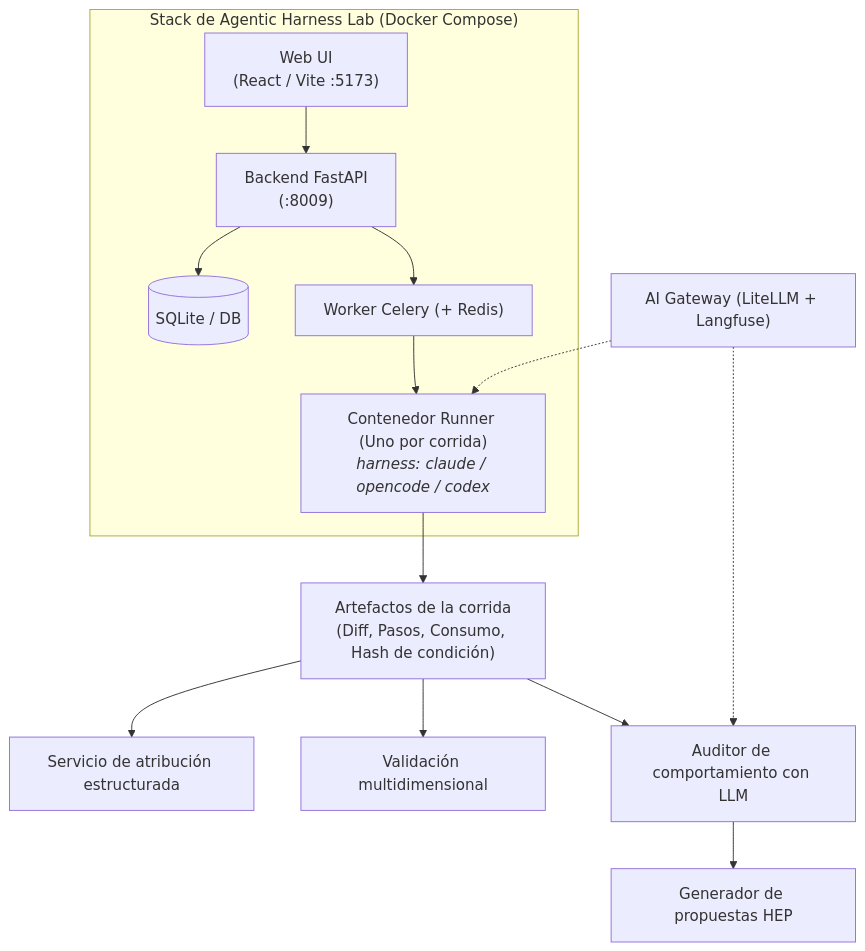
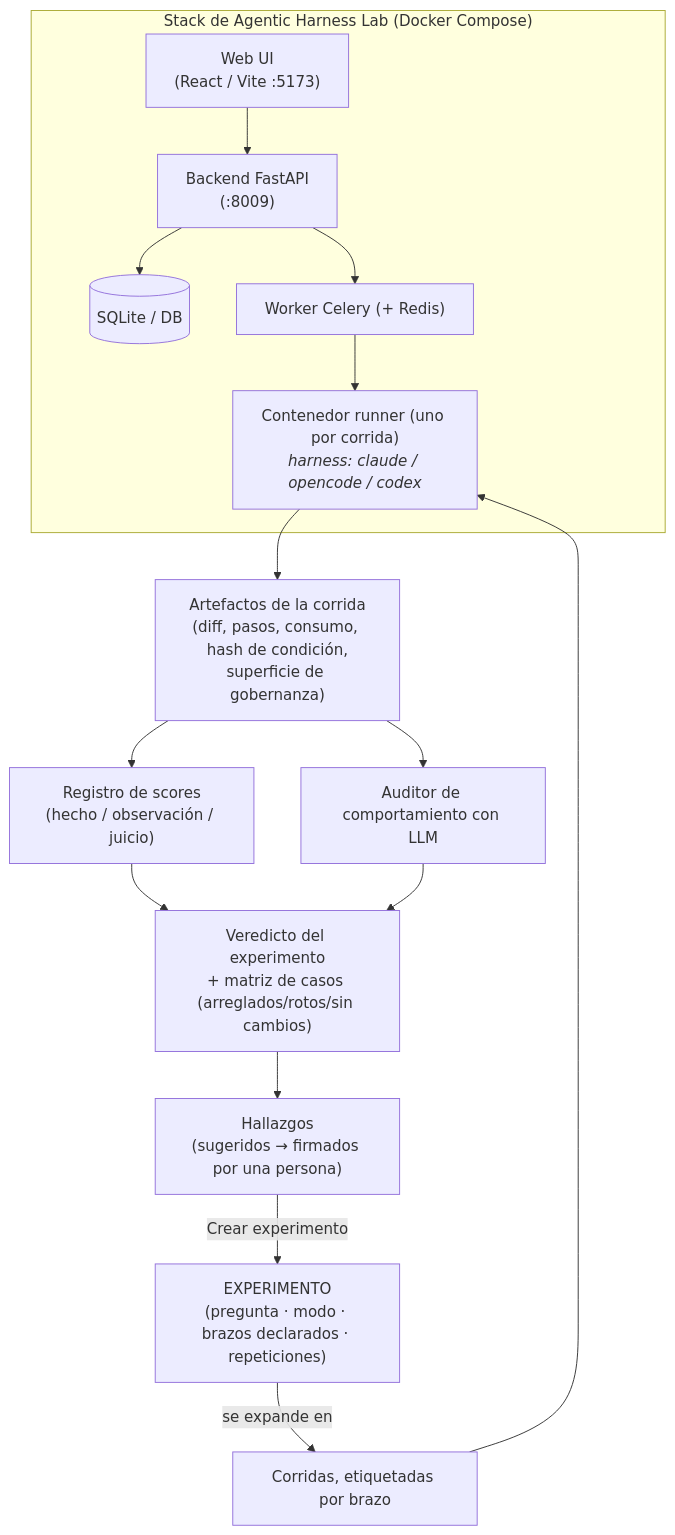
One commit to marcosdh1987/harness-engineering-guide changed the diagram in docs/es/reference-implementation/ai-agentic-harness-lab/index.md. Above: the diagram before and after it, drawn with Mermaid. The commit also changed other lines of this file and 18 other files, not shown here.

````diff
--- a/docs/es/reference-implementation/ai-agentic-harness-lab/index.md
+++ b/docs/es/reference-implementation/ai-agentic-harness-lab/index.md
@@ -7,18 +13,18 @@
 ```mermaid
 flowchart TB
     subgraph STACK["Stack de Agentic Harness Lab (Docker Compose)"]
         UI["Web UI<br/>(React / Vite :5173)"] --> API["Backend FastAPI<br/>(:8009)"]
         API --> DB[(SQLite / DB)]
         API --> W["Worker Celery (+ Redis)"]
-        W --> RUNNER["Contenedor Runner (Uno por corrida)<br/><i>harness: claude / opencode / codex</i>"]
+        W --> RUNNER["Contenedor runner (uno por corrida)<br/><i>harness: claude / opencode / codex</i>"]
     end
 
-    GW["AI Gateway (LiteLLM + Langfuse)"] -.-> RUNNER
-    GW -.-> AUDIT["Auditor de comportamiento con LLM"]
-    
-    RUNNER --> ART["Artefactos de la corrida<br/>(Diff, Pasos, Consumo, Hash de condición)"]
-    ART --> ATTR["Servicio de atribución estructurada"]
-    ART --> SCORE["Validación multidimensional"]
-    ART --> AUDIT
-    AUDIT --> PROP["Generador de propuestas HEP"]
+    EXP["EXPERIMENTO<br/>(pregunta · modo · brazos declarados · repeticiones)"] -->|"se expande en"| RUNS["Corridas, etiquetadas por brazo"]
+    RUNS --> RUNNER
+    RUNNER --> ART["Artefactos de la corrida<br/>(diff, pasos, consumo, hash de condición,<br/>superficie de gobernanza)"]
+    ART --> SCORE["Registro de scores<br/>(hecho / observación / juicio)"]
+    ART --> AUDIT["Auditor de comportamiento con LLM"]
+    SCORE & AUDIT --> VERDICT["Veredicto del experimento<br/>+ matriz de casos (arreglados/rotos/sin cambios)"]
+    VERDICT --> FIND["Hallazgos<br/>(sugeridos → firmados por una persona)"]
+    FIND -->|"Crear experimento"| EXP
 ```
````
